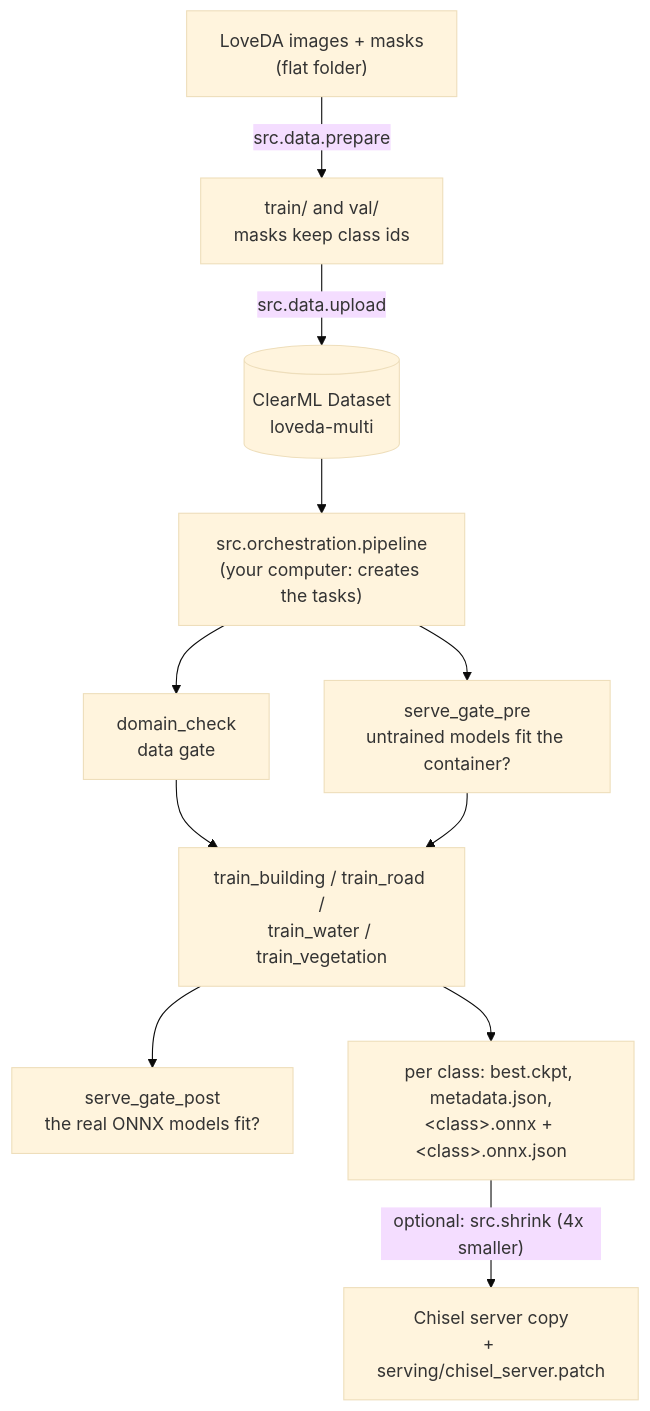
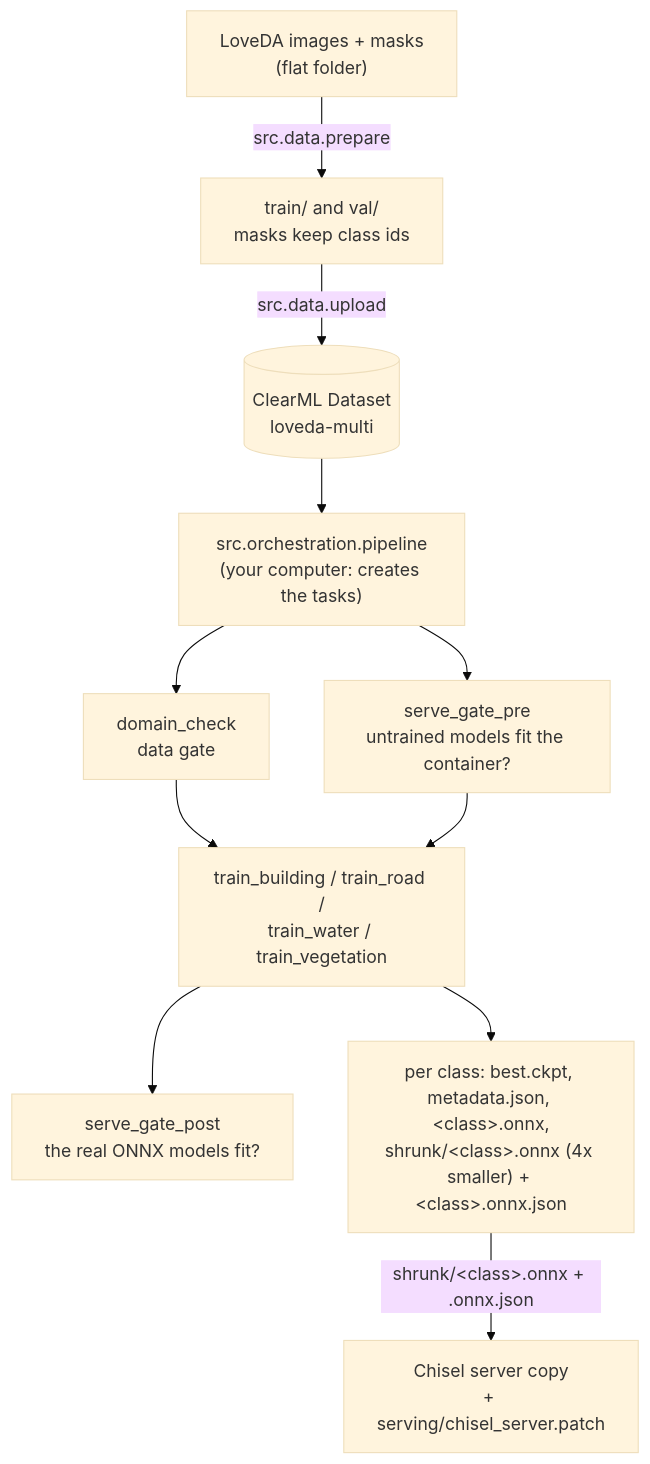
Before and after one commit to CheeKuang/clearml-kaggle: the diagram in README.md, drawn with Mermaid (base theme). The commit also changed other lines of this file and 11 other files, not shown here.

First line of the commit message:
Record everything a train run needs to be reproduced; shrink and check the production ONNX inside the train Task

````diff
--- a/README.md
+++ b/README.md
@@ -11,13 +11,13 @@
 ```mermaid
 flowchart TD
     A["LoveDA images + masks<br/>(flat folder)"] -->|"src.data.prepare"| B["train/ and val/<br/>masks keep class ids"]
     B -->|"src.data.upload"| C[("ClearML Dataset<br/>loveda-multi")]
     C --> P["src.orchestration.pipeline<br/>(your computer: creates the tasks)"]
     P --> D["domain_check<br/>data gate"]
     P --> E["serve_gate_pre<br/>untrained models fit the container?"]
     D --> T["train_building / train_road /<br/>train_water / train_vegetation"]
     E --> T
     T --> F["serve_gate_post<br/>the real ONNX models fit?"]
-    T --> G["per class: best.ckpt, metadata.json,<br/>&lt;class&gt;.onnx + &lt;class&gt;.onnx.json"]
-    G -->|"optional: src.shrink (4x smaller)"| H["Chisel server copy<br/>+ serving/chisel_server.patch"]
+    T --> G["per class: best.ckpt, metadata.json, &lt;class&gt;.onnx,<br/>shrunk/&lt;class&gt;.onnx (4x smaller) + &lt;class&gt;.onnx.json"]
+    G -->|"shrunk/&lt;class&gt;.onnx + .onnx.json"| H["Chisel server copy<br/>+ serving/chisel_server.patch"]
 ```
````
